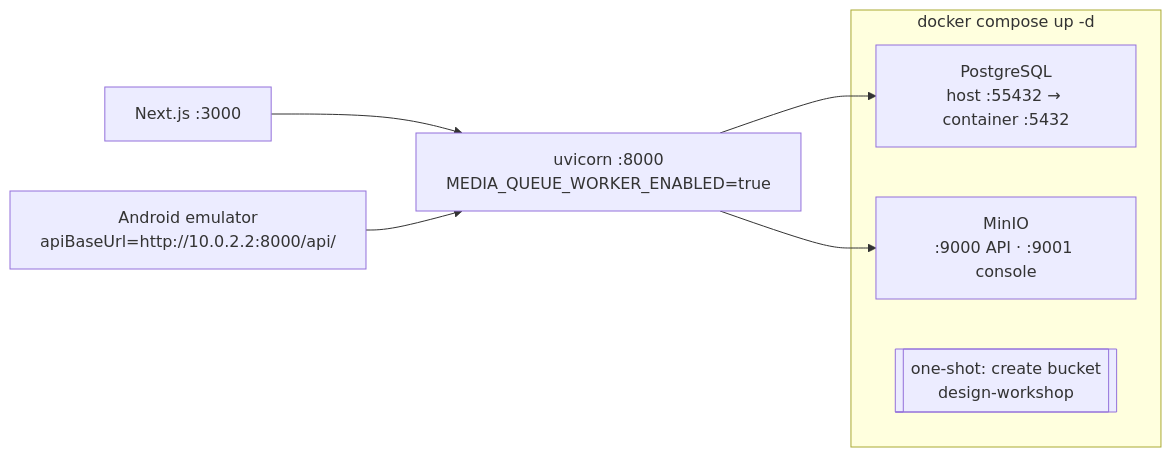
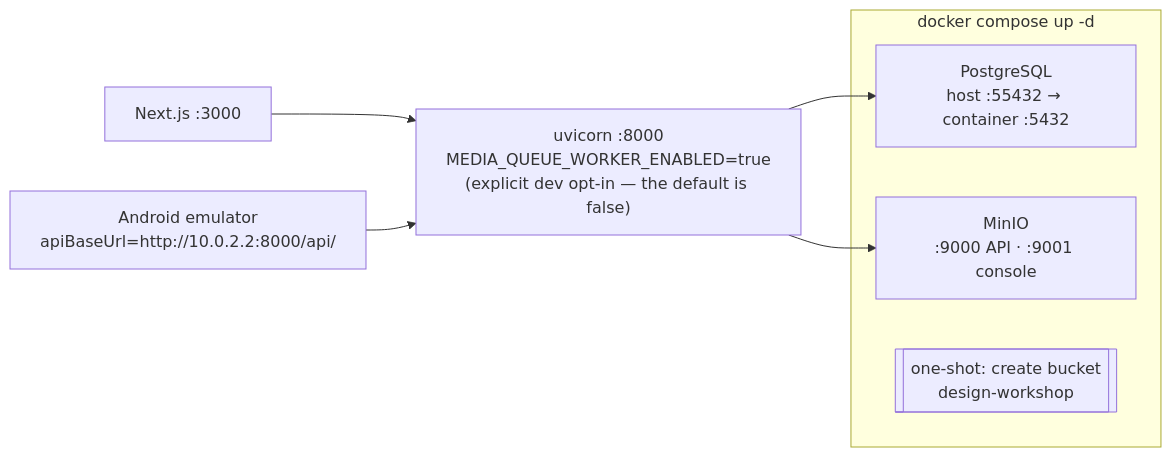
Diagram 13 of 13 in docs/ARCHITECTURE.md (cxacraftecosystem-ui/designer-portal), drawn with Mermaid before and after one commit. The commit also changed other lines of this file and 223 other files, not shown here.

````diff
--- a/docs/ARCHITECTURE.md
+++ b/docs/ARCHITECTURE.md
@@ -612,16 +657,16 @@
 ```mermaid
 flowchart LR
   subgraph compose["docker compose up -d"]
     pg[PostgreSQL<br/>host :55432 → container :5432]
     minio[MinIO<br/>:9000 API · :9001 console]
     bucket[[one-shot: create bucket<br/>design-workshop]]
   end
   next["Next.js :3000"]
-  fastapi["uvicorn :8000<br/>MEDIA_QUEUE_WORKER_ENABLED=true"]
+  fastapi["uvicorn :8000<br/>MEDIA_QUEUE_WORKER_ENABLED=true<br/>(explicit dev opt-in — the default is false)"]
   kotlin["Android emulator<br/>apiBaseUrl=http://10.0.2.2:8000/api/"]
 
   next --> fastapi
   kotlin --> fastapi
   fastapi --> pg
   fastapi --> minio
 ```
````
